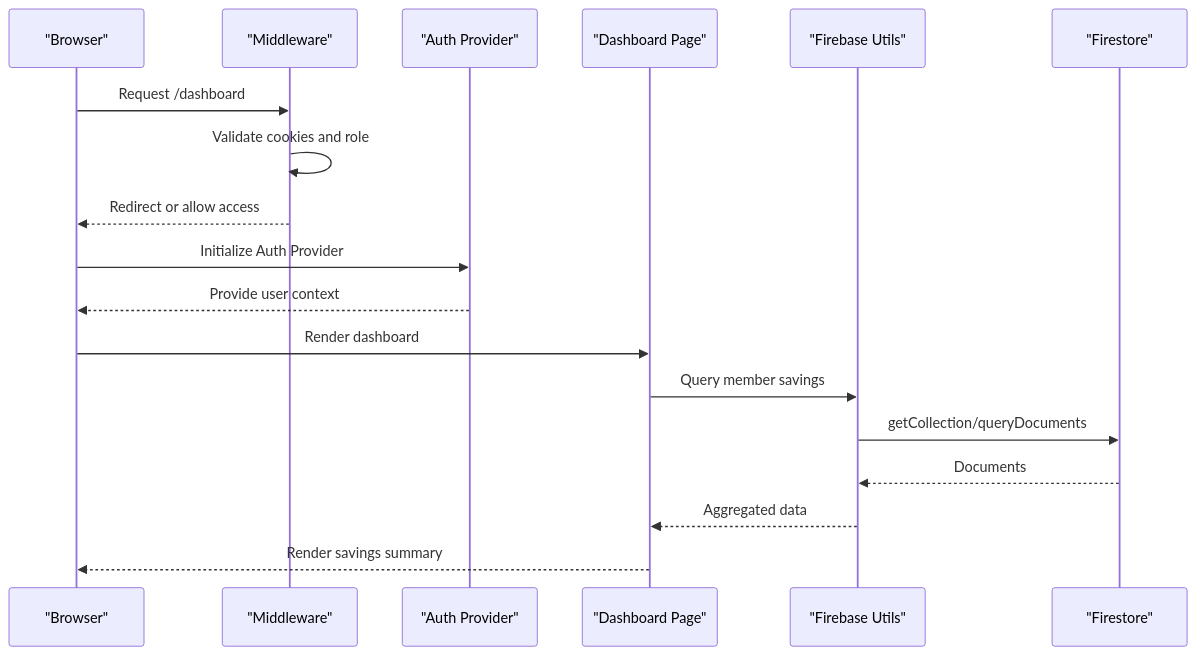
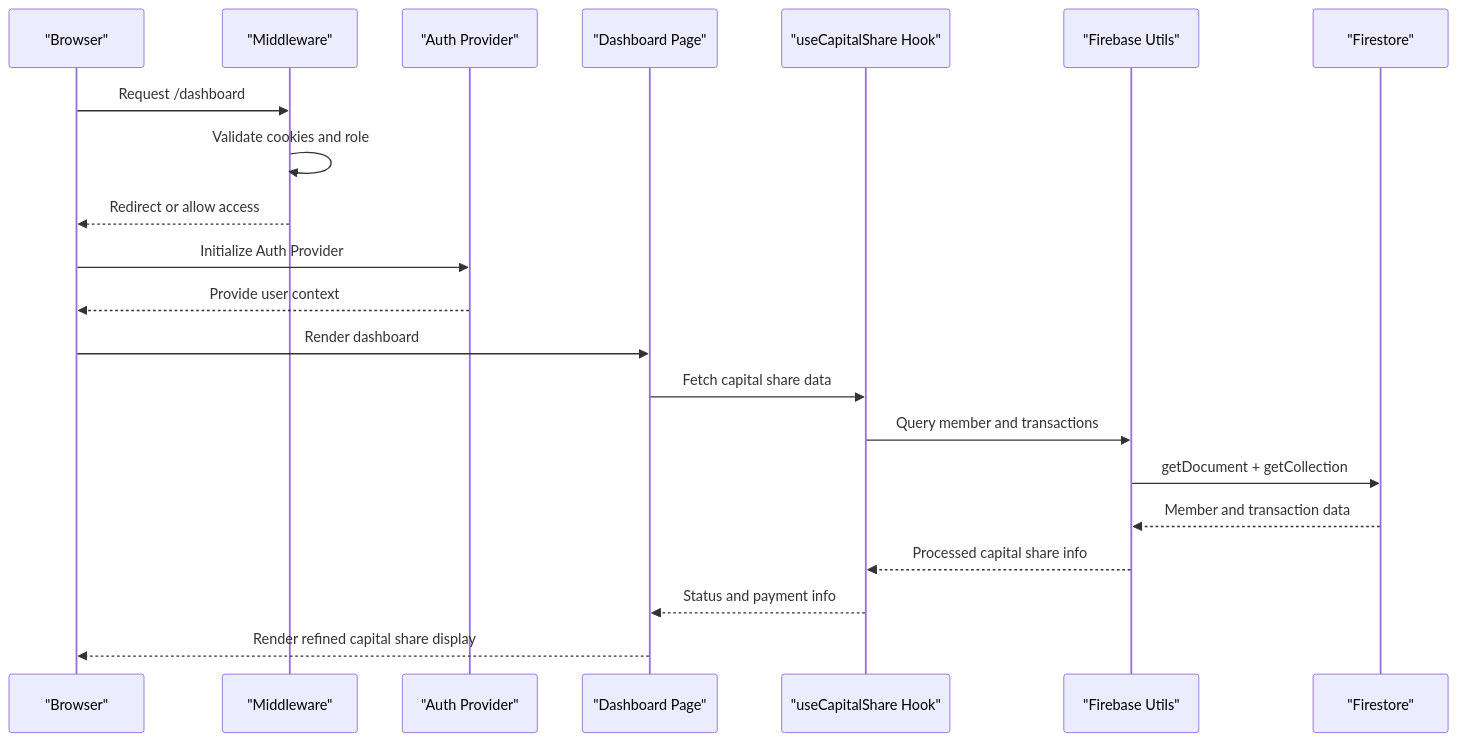
Before and after one commit to Unsure-bry/sampacoop_system: the second of 9 diagrams in .qoder/repowiki/en/content/Dashboard System Architecture/Member Dashboard Interface/Member Dashboard Interface.md, drawn with Mermaid. The commit also changed other lines of this file and 9 other files, not shown here.

````diff
--- a/.qoder/repowiki/en/content/Dashboard System Architecture/Member Dashboard Interface/Member Dashboard Interface.md
+++ b/.qoder/repowiki/en/content/Dashboard System Architecture/Member Dashboard Interface/Member Dashboard Interface.md
@@ -146,20 +169,23 @@
 ```mermaid
 sequenceDiagram
 participant Browser as "Browser"
 participant Middleware as "Middleware"
 participant Auth as "Auth Provider"
 participant Dashboard as "Dashboard Page"
+participant CapitalShareHook as "useCapitalShare Hook"
 participant Firebase as "Firebase Utils"
 participant Firestore as "Firestore"
 Browser->>Middleware : Request /dashboard
 Middleware->>Middleware : Validate cookies and role
 Middleware-->>Browser : Redirect or allow access
 Browser->>Auth : Initialize Auth Provider
 Auth-->>Browser : Provide user context
 Browser->>Dashboard : Render dashboard
-Dashboard->>Firebase : Query member savings
-Firebase->>Firestore : getCollection/queryDocuments
-Firestore-->>Firebase : Documents
-Firebase-->>Dashboard : Aggregated data
-Dashboard-->>Browser : Render savings summary
+Dashboard->>CapitalShareHook : Fetch capital share data
+CapitalShareHook->>Firebase : Query member and transactions
+Firebase->>Firestore : getDocument + getCollection
+Firestore-->>Firebase : Member and transaction data
+Firebase-->>CapitalShareHook : Processed capital share info
+CapitalShareHook-->>Dashboard : Status and payment info
+Dashboard-->>Browser : Render refined capital share display
 ```
````
